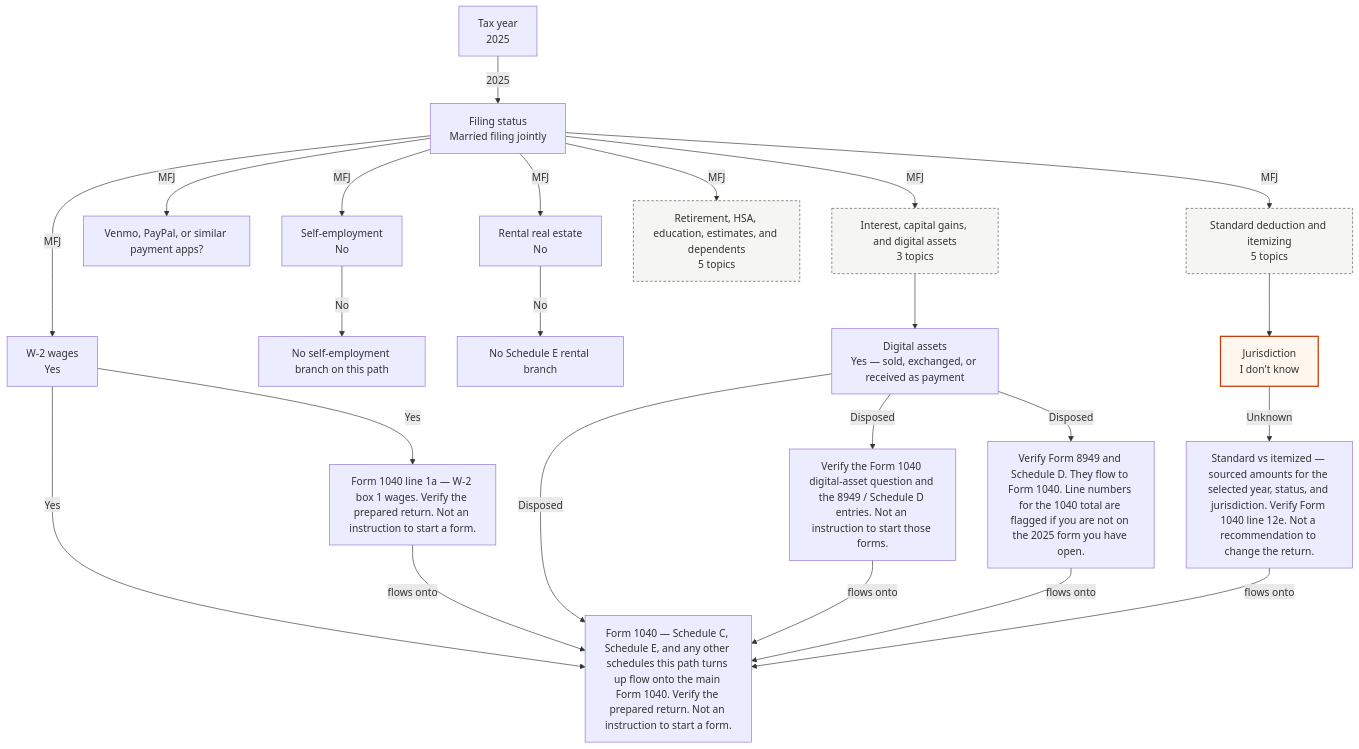
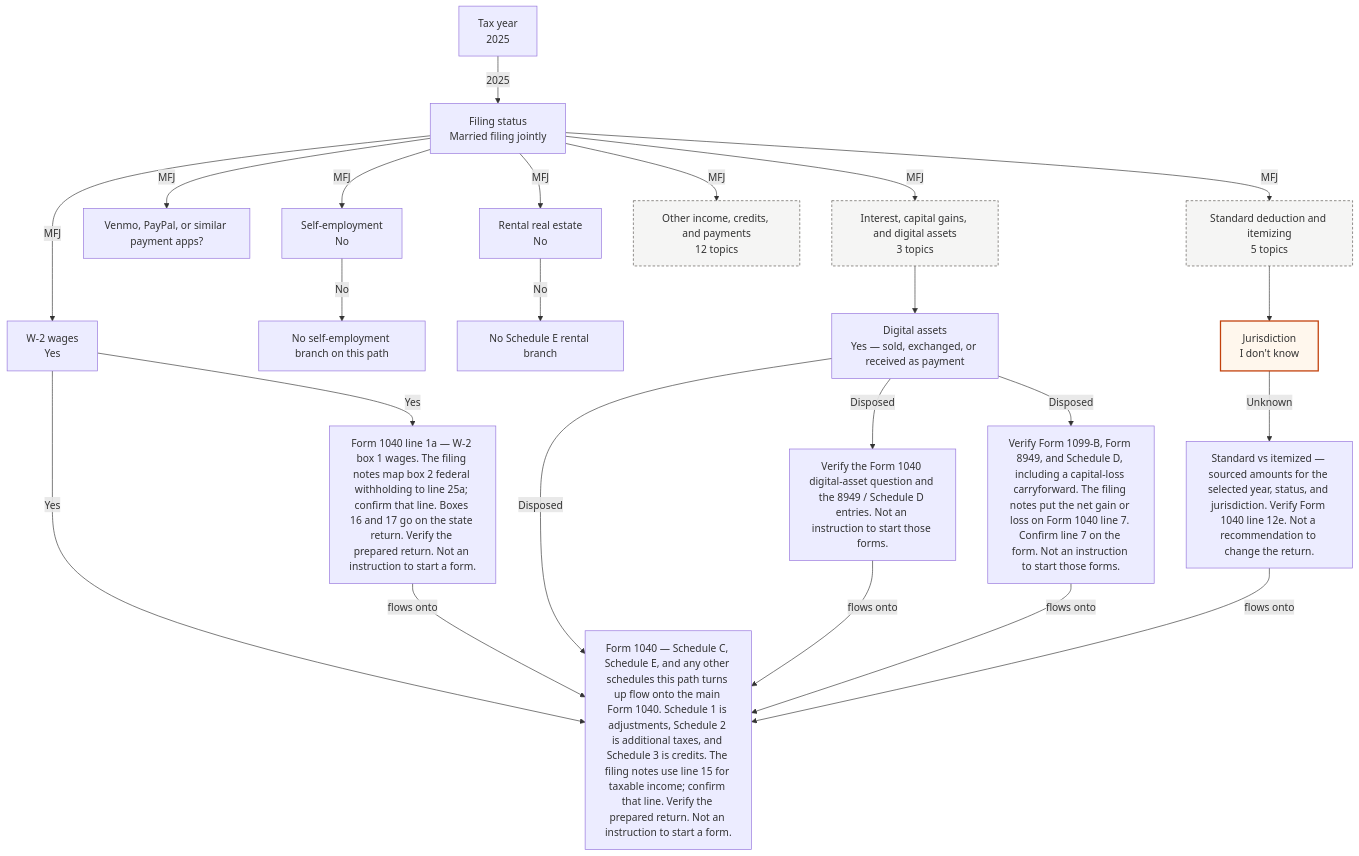
The third of 3 diagrams in docs/DECISION_GRAPH.md (Siphon880gh/taxes), drawn with Mermaid before and after one commit. The commit also changed other lines of this file and 6 other files, not shown here.

Commit message:
Screen the prepared return for forms and lines the filing notes name but the chart was not asking about.

````diff
--- a/docs/DECISION_GRAPH.md
+++ b/docs/DECISION_GRAPH.md
@@ -1469,47 +1934,47 @@
 ```mermaid
 flowchart TD
   year["Tax year<br/>2025"]
   filing_status["Filing status<br/>Married filing jointly"]
   w2["W-2 wages<br/>Yes"]
-  check_w2["Form 1040 line 1a — W-2 box 1 wages. Verify the prepared return. Not an instruction to start a form."]
-  form_1040["Form 1040 — Schedule C, Schedule E, and any other schedules this path turns up flow onto the main Form 1040. Verify the prepared return. Not an instruction to start a form."]
+  check_w2["Form 1040 line 1a — W-2 box 1 wages. The filing notes map box 2 federal withholding to line 25a; confirm that line. Boxes 16 and 17 go on the state return. Verify the prepared return. Not an instruction to start a form."]
+  form_1040["Form 1040 — Schedule C, Schedule E, and any other schedules this path turns up flow onto the main Form 1040. Schedule 1 is adjustments, Schedule 2 is additional taxes, and Schedule 3 is credits. The filing notes use line 15 for taxable income; confirm that line. Verify the prepared return. Not an instruction to start a form."]
   se["Self-employment<br/>No"]
   note_se_no["No self-employment branch on this path"]
   payapps["Venmo, PayPal, or similar payment apps?"]
   rental["Rental real estate<br/>No"]
   note_rental_no["No Schedule E rental branch"]
   group_filing_status_invest["Interest, capital gains, and digital assets<br/>3 topics"]
   crypto["Digital assets<br/>Yes — sold, exchanged, or received as payment"]
   check_crypto["Verify the Form 1040 digital-asset question and the 8949 / Schedule D entries. Not an instruction to start those forms."]
-  check_capgain["Verify Form 8949 and Schedule D. They flow to Form 1040. Line numbers for the 1040 total are flagged if you are not on the 2025 form you have open."]
-  group_filing_status_other["Retirement, HSA, education, estimates, and dependents<br/>5 topics"]
+  check_capgain["Verify Form 1099-B, Form 8949, and Schedule D, including a capital-loss carryforward. The filing notes put the net gain or loss on Form 1040 line 7. Confirm line 7 on the form. Not an instruction to start those forms."]
+  group_filing_status_other["Other income, credits, and payments<br/>12 topics"]
   group_filing_status_deductions["Standard deduction and itemizing<br/>5 topics"]
   jurisdiction["Jurisdiction<br/>I don't know"]
   deduction_result["Standard vs itemized — sourced amounts for the selected year, status, and jurisdiction. Verify Form 1040 line 12e. Not a recommendation to change the return."]
   year -->|"2025"| filing_status
   filing_status -->|"MFJ"| w2
   filing_status -->|"MFJ"| se
   filing_status -->|"MFJ"| payapps
   filing_status -->|"MFJ"| rental
   w2 -->|"Yes"| check_w2
   w2 -->|"Yes"| form_1040
   check_w2 -->|"flows onto"| form_1040
   se -->|"No"| note_se_no
   rental -->|"No"| note_rental_no
   crypto -->|"Disposed"| check_crypto
   crypto -->|"Disposed"| check_capgain
   crypto -->|"Disposed"| form_1040
   check_crypto -->|"flows onto"| form_1040
   check_capgain -->|"flows onto"| form_1040
   jurisdiction -->|"Unknown"| deduction_result
   deduction_result -->|"flows onto"| form_1040
   filing_status -->|"MFJ"| group_filing_status_invest
   group_filing_status_invest --> crypto
   filing_status -->|"MFJ"| group_filing_status_other
   filing_status -->|"MFJ"| group_filing_status_deductions
   group_filing_status_deductions --> jurisdiction
   classDef unknown fill:#fff7ed,stroke:#c2410c,stroke-width:2px
   class jurisdiction unknown
   classDef cluster fill:#f5f5f4,stroke:#57534e,stroke-dasharray:4 3
   class group_filing_status_invest,group_filing_status_other,group_filing_status_deductions cluster
 ```
````
